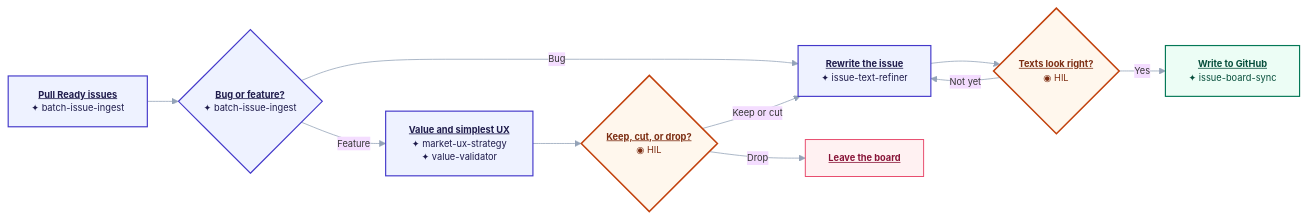
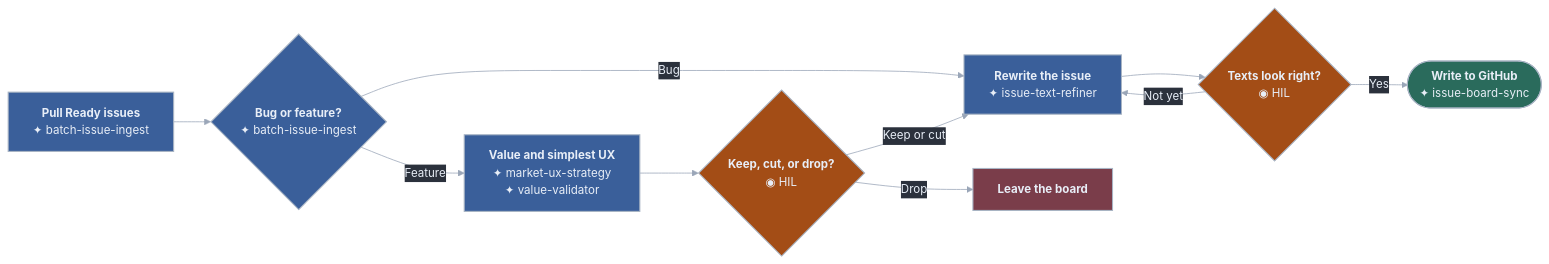
One commit to RaphaelBecker/cursor-harness changed the fourth of 14 diagrams in README.md. Above: the diagram before and after it, drawn with Mermaid. The commit also changed other lines of this file and 12 other files, not shown here.

````diff
--- a/README.md
+++ b/README.md
@@ -210,31 +220,31 @@
 ```mermaid
-%%{init: {"theme":"base","themeVariables":{"fontFamily":"ui-sans-serif,system-ui,sans-serif","fontSize":"12px","lineColor":"#94a3b8"},"flowchart":{"curve":"basis","htmlLabels":true,"nodeSpacing":22,"rankSpacing":40}}}%%
+%%{init: {"theme":"base","themeVariables":{"darkMode":true,"fontFamily":"ui-sans-serif, system-ui, -apple-system, Segoe UI, sans-serif","fontSize":"15px","background":"#2B313C","lineColor":"#9AA6B8","textColor":"#9AA6B8","primaryTextColor":"#E8EEF7","edgeLabelBackground":"#2B313C"},"flowchart":{"curve":"basis","htmlLabels":true,"nodeSpacing":31,"rankSpacing":48,"padding":16,"useMaxWidth":true}}}%%
 flowchart LR
-  A["<b><u>Pull Ready issues</u></b><br/>✦ batch-issue-ingest"]
-  B{"<b><u>Bug or feature?</u></b><br/>✦ batch-issue-ingest"}
-  C["<b><u>Value and simplest UX</u></b><br/>✦ market-ux-strategy<br/>✦ value-validator"]
-  D{"<b><u>Keep, cut, or drop?</u></b><br/>◉ HIL"}
-  E["<b><u>Rewrite the issue</u></b><br/>✦ issue-text-refiner"]
-  F{"<b><u>Texts look right?</u></b><br/>◉ HIL"}
-  G["<b><u>Write to GitHub</u></b><br/>✦ issue-board-sync"]
-  X["<b><u>Leave the board</u></b>"]
+  A["<b>Pull Ready issues</b><br/>✦ batch-issue-ingest"]
+  B{"<b>Bug or feature?</b><br/>✦ batch-issue-ingest"}
+  C["<b>Value and simplest UX</b><br/>✦ market-ux-strategy<br/>✦ value-validator"]
+  D{"<b>Keep, cut, or drop?</b><br/>◉ HIL"}
+  E["<b>Rewrite the issue</b><br/>✦ issue-text-refiner"]
+  F{"<b>Texts look right?</b><br/>◉ HIL"}
+  G(["<b>Write to GitHub</b><br/>✦ issue-board-sync"])
+  X["<b>Leave the board</b>"]
 
   A --> B
   B -->|Bug| E
   B -->|Feature| C
   C --> D
   D -->|Drop| X
   D -->|Keep or cut| E
   E --> F
   F -->|Yes| G
   F -->|Not yet| E
 
-  classDef skill fill:#eef2ff,stroke:#4338ca,stroke-width:1.5px,color:#1e1b4b
-  classDef hil fill:#fff7ed,stroke:#c2410c,stroke-width:2px,color:#7c2d12
-  classDef done fill:#ecfdf5,stroke:#047857,stroke-width:1.5px,color:#064e3b
-  classDef drop fill:#fff1f2,stroke:#e11d48,color:#881337
+  classDef skill fill:#3A5F9A,stroke:#A8B4C4,stroke-width:1.4px,color:#E8EEF7
+  classDef hil fill:#A34D16,stroke:#A8B4C4,stroke-width:1.4px,color:#E8EEF7
+  classDef done fill:#2A6B5C,stroke:#A8B4C4,stroke-width:1.4px,color:#E8EEF7
+  classDef drop fill:#7A3D4A,stroke:#A8B4C4,stroke-width:1.4px,color:#E8EEF7
   class A,B,C,E skill
   class D,F hil
   class G done
   class X drop
 ```
````
